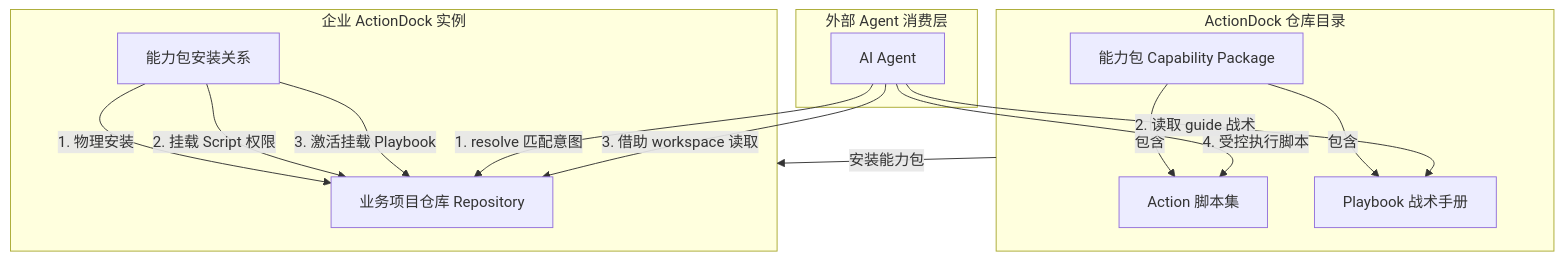
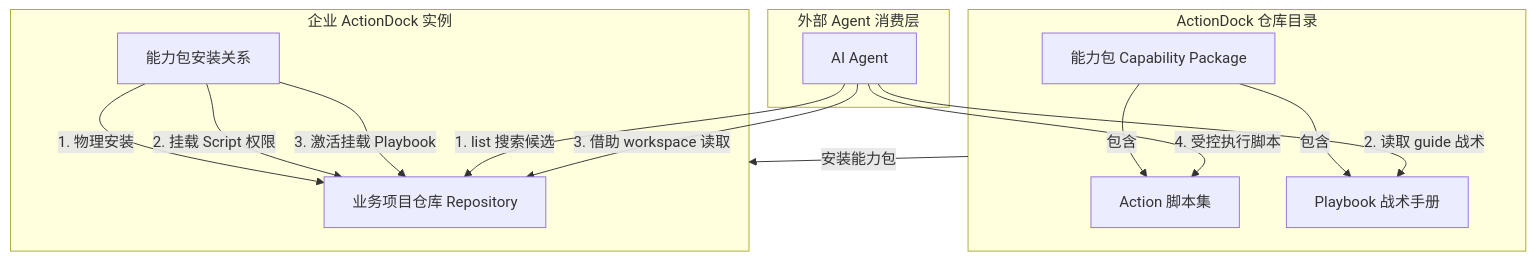
Before and after one commit to team4u/actiondock: the diagram in docs/playbook-management.md, drawn with Mermaid. The commit also changed other lines of this file and 29 other files, not shown here.

````diff
--- a/docs/playbook-management.md
+++ b/docs/playbook-management.md
@@ -105,27 +101,27 @@
 ```mermaid
 flowchart TD
     subgraph RepoCatalog[ActionDock 仓库目录]
         Pkg[能力包 Capability Package]
         Pkg -->|包含| Scripts[Action 脚本集]
         Pkg -->|包含| Playbooks[Playbook 战术手册]
     end
 
     subgraph UserDock[企业 ActionDock 实例]
         TargetRepo[业务项目仓库 Repository]
         PkgInstallation[能力包安装关系]
         
         PkgInstallation -->|1. 物理安装| TargetRepo
         PkgInstallation -->|2. 挂载 Script 权限| TargetRepo
         PkgInstallation -->|3. 激活挂载 Playbook| TargetRepo
     end
 
     RepoCatalog -->|安装能力包| UserDock
     
     subgraph AgentRuntime[外部 Agent 消费层]
         Agent[AI Agent]
-        Agent -->|1. resolve 匹配意图| TargetRepo
+        Agent -->|1. list 搜索候选| TargetRepo
         Agent -->|2. 读取 guide 战术| Playbooks
         Agent -->|3. 借助 workspace 读取| TargetRepo
         Agent -->|4. 受控执行脚本| Scripts
     end
 ```
````
